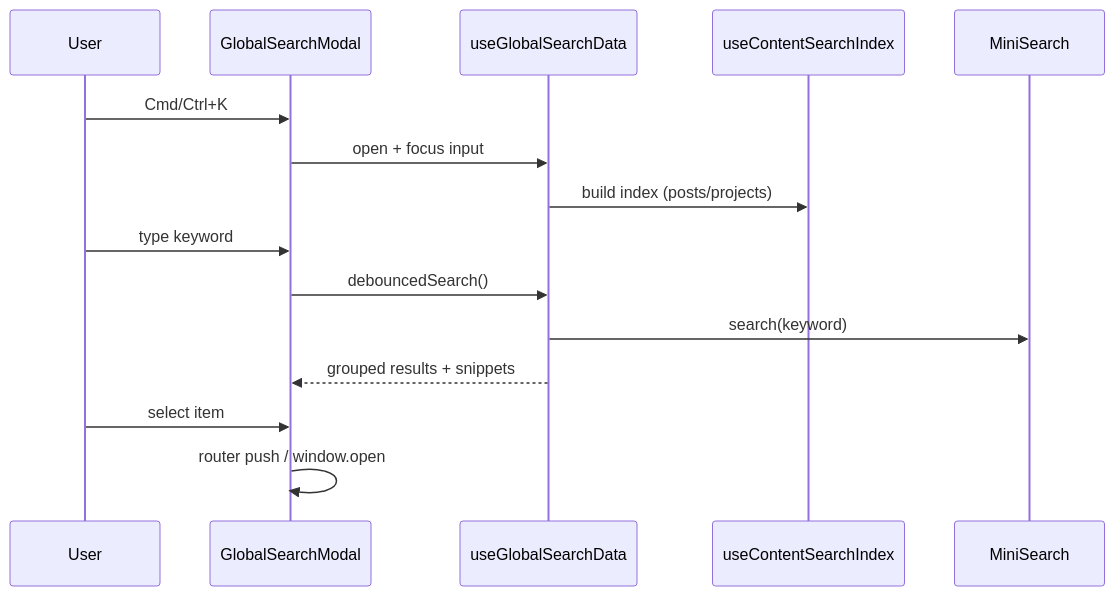
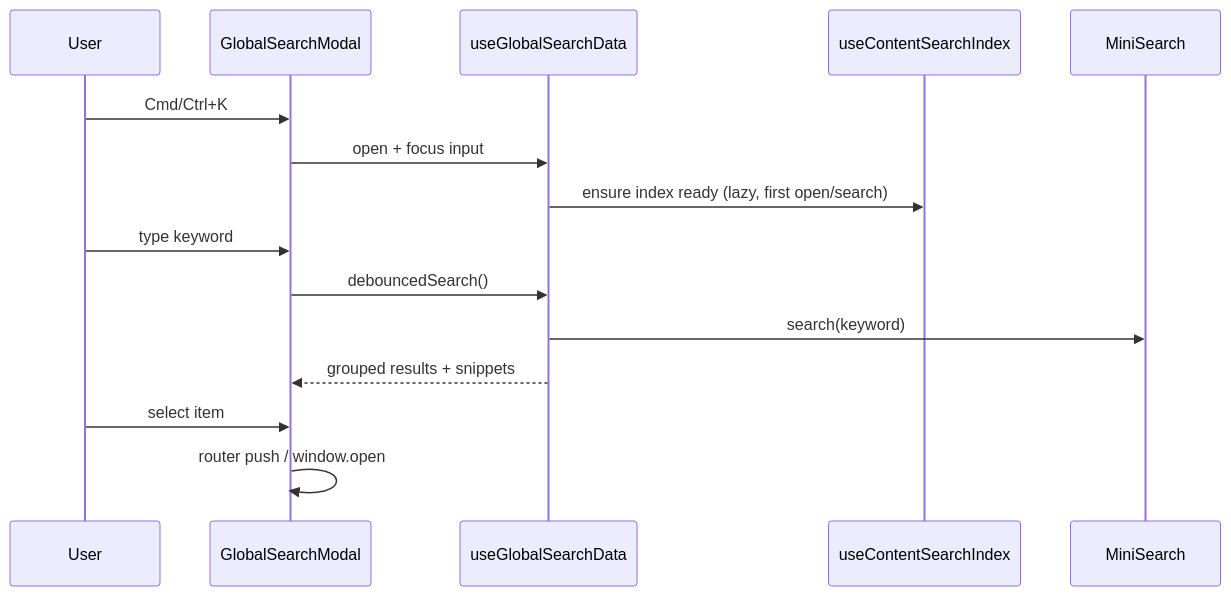
The diagram in content/en/posts/global-fulltext-search.md (andy820621/Portfolio-2024), drawn with Mermaid before and after one commit. The commit also changed other lines of this file and 6 other files, not shown here.

Commit message:
feat(search): implement lazy loading for content search indices and enhance search readiness

````diff
--- a/content/en/posts/global-fulltext-search.md
+++ b/content/en/posts/global-fulltext-search.md
@@ -271,22 +275,22 @@
 ```mermaid
 ---
 toolbar:
   title: Global Search Flow
 ---
 sequenceDiagram
   participant User
   participant Modal as GlobalSearchModal
   participant Data as useGlobalSearchData
   participant Index as useContentSearchIndex
   participant Mini as MiniSearch
 
   User->>Modal: Cmd/Ctrl+K
   Modal->>Data: open + focus input
-  Data->>Index: build index (posts/projects)
+  Data->>Index: ensure index ready (lazy, first open/search)
   User->>Modal: type keyword
   Modal->>Data: debouncedSearch()
   Data->>Mini: search(keyword)
   Data-->>Modal: grouped results + snippets
   User->>Modal: select item
   Modal->>Modal: router push / window.open
 ```
````
